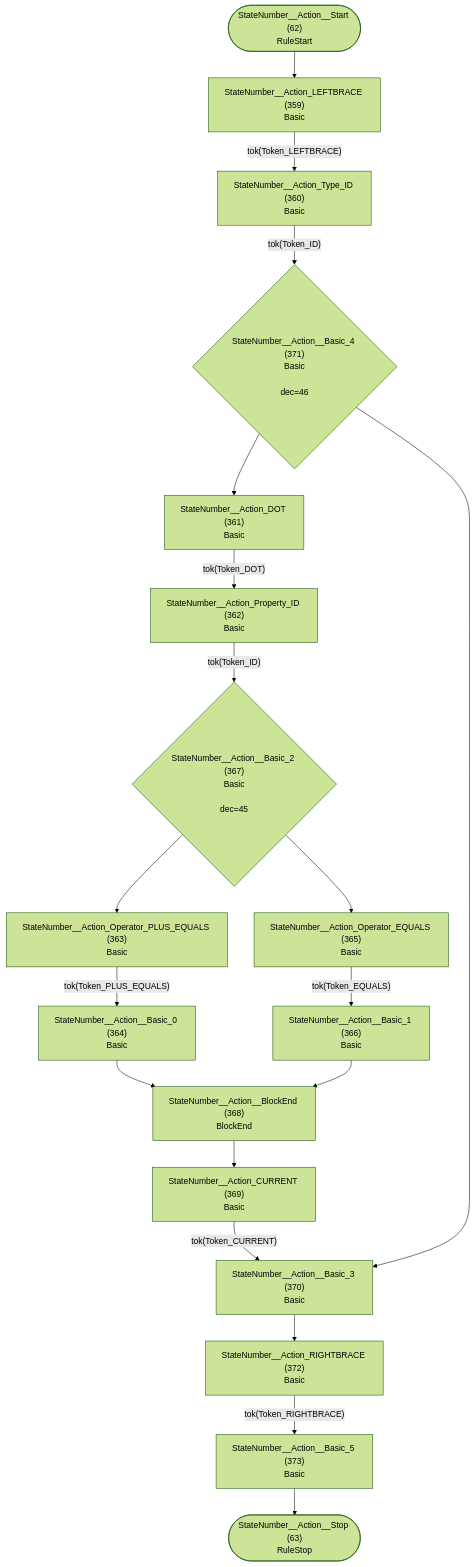
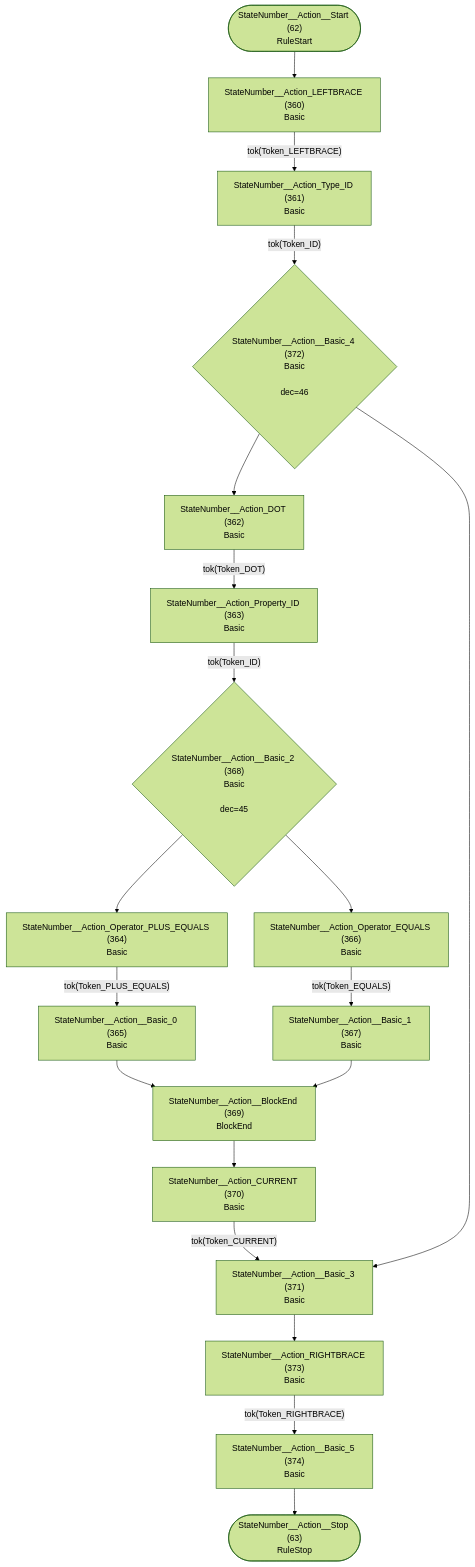
One commit to TypeFox/fastbelt changed diagram 32 of 36 in internal/grammar/atn.md. Above: the diagram before and after it, drawn with Mermaid (forest theme). The commit also changed other lines of this file and 9 other files, not shown here.

````diff
--- a/internal/grammar/atn.md
+++ b/internal/grammar/atn.md
@@ -952,39 +954,39 @@
 ```mermaid
 flowchart TD
     q62(["StateNumber__Action__Start (62)<br/>RuleStart"])
     q63(["StateNumber__Action__Stop (63)<br/>RuleStop"])
-    q359["StateNumber__Action_LEFTBRACE (359)<br/>Basic<br/>"]
-    q360["StateNumber__Action_Type_ID (360)<br/>Basic<br/>"]
-    q361["StateNumber__Action_DOT (361)<br/>Basic<br/>"]
-    q362["StateNumber__Action_Property_ID (362)<br/>Basic<br/>"]
-    q363["StateNumber__Action_Operator_PLUS_EQUALS (363)<br/>Basic<br/>"]
-    q364["StateNumber__Action__Basic_0 (364)<br/>Basic<br/>"]
-    q365["StateNumber__Action_Operator_EQUALS (365)<br/>Basic<br/>"]
-    q366["StateNumber__Action__Basic_1 (366)<br/>Basic<br/>"]
-    q367{"StateNumber__Action__Basic_2 (367)<br/>Basic<br/><br/>dec=45"}
-    q368["StateNumber__Action__BlockEnd (368)<br/>BlockEnd<br/>"]
-    q369["StateNumber__Action_CURRENT (369)<br/>Basic<br/>"]
-    q370["StateNumber__Action__Basic_3 (370)<br/>Basic<br/>"]
-    q371{"StateNumber__Action__Basic_4 (371)<br/>Basic<br/><br/>dec=46"}
-    q372["StateNumber__Action_RIGHTBRACE (372)<br/>Basic<br/>"]
-    q373["StateNumber__Action__Basic_5 (373)<br/>Basic<br/>"]
+    q360["StateNumber__Action_LEFTBRACE (360)<br/>Basic<br/>"]
+    q361["StateNumber__Action_Type_ID (361)<br/>Basic<br/>"]
+    q362["StateNumber__Action_DOT (362)<br/>Basic<br/>"]
+    q363["StateNumber__Action_Property_ID (363)<br/>Basic<br/>"]
+    q364["StateNumber__Action_Operator_PLUS_EQUALS (364)<br/>Basic<br/>"]
+    q365["StateNumber__Action__Basic_0 (365)<br/>Basic<br/>"]
+    q366["StateNumber__Action_Operator_EQUALS (366)<br/>Basic<br/>"]
+    q367["StateNumber__Action__Basic_1 (367)<br/>Basic<br/>"]
+    q368{"StateNumber__Action__Basic_2 (368)<br/>Basic<br/><br/>dec=45"}
+    q369["StateNumber__Action__BlockEnd (369)<br/>BlockEnd<br/>"]
+    q370["StateNumber__Action_CURRENT (370)<br/>Basic<br/>"]
+    q371["StateNumber__Action__Basic_3 (371)<br/>Basic<br/>"]
+    q372{"StateNumber__Action__Basic_4 (372)<br/>Basic<br/><br/>dec=46"}
+    q373["StateNumber__Action_RIGHTBRACE (373)<br/>Basic<br/>"]
+    q374["StateNumber__Action__Basic_5 (374)<br/>Basic<br/>"]
 
-    q62 --> q359
-    q359 -->|"tok(Token_LEFTBRACE)"| q360
-    q360 -->|"tok(Token_ID)"| q371
-    q361 -->|"tok(Token_DOT)"| q362
-    q362 -->|"tok(Token_ID)"| q367
-    q363 -->|"tok(Token_PLUS_EQUALS)"| q364
-    q364 --> q368
-    q365 -->|"tok(Token_EQUALS)"| q366
-    q366 --> q368
-    q367 --> q363
-    q367 --> q365
-    q368 --> q369
-    q369 -->|"tok(Token_CURRENT)"| q370
-    q370 --> q372
-    q371 --> q361
-    q371 --> q370
-    q372 -->|"tok(Token_RIGHTBRACE)"| q373
-    q373 --> q63
+    q62 --> q360
+    q360 -->|"tok(Token_LEFTBRACE)"| q361
+    q361 -->|"tok(Token_ID)"| q372
+    q362 -->|"tok(Token_DOT)"| q363
+    q363 -->|"tok(Token_ID)"| q368
+    q364 -->|"tok(Token_PLUS_EQUALS)"| q365
+    q365 --> q369
+    q366 -->|"tok(Token_EQUALS)"| q367
+    q367 --> q369
+    q368 --> q364
+    q368 --> q366
+    q369 --> q370
+    q370 -->|"tok(Token_CURRENT)"| q371
+    q371 --> q373
+    q372 --> q362
+    q372 --> q371
+    q373 -->|"tok(Token_RIGHTBRACE)"| q374
+    q374 --> q63
 ```
````
